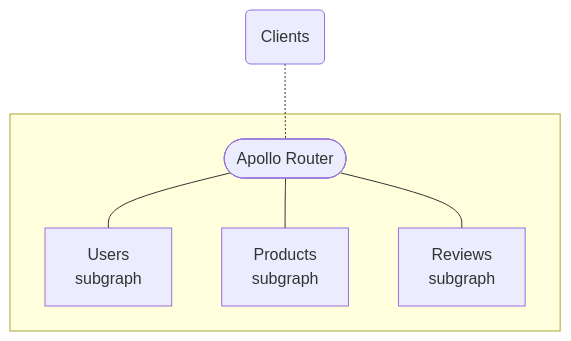
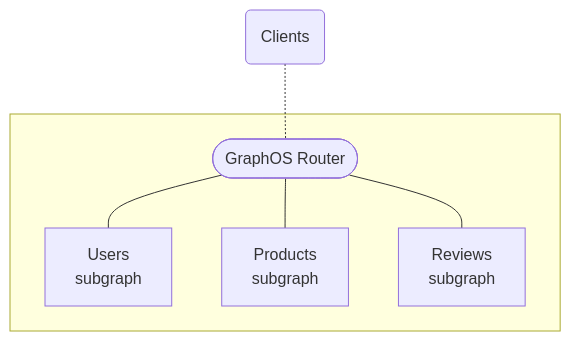
Before and after one commit to apollographql/docs: the diagram in src/content/technotes/TN0022-graphql-adoption-patterns.mdx, drawn with Mermaid. The commit also changed other lines of this file and 62 other files, not shown here.

````diff
--- a/src/content/technotes/TN0022-graphql-adoption-patterns.mdx
+++ b/src/content/technotes/TN0022-graphql-adoption-patterns.mdx
@@ -133,13 +133,13 @@
 ```mermaid
 flowchart TB;
   clients(Clients);
   subgraph " ";
-  gateway(["Apollo Router"]);
+  gateway(["GraphOS Router"]);
   serviceA[Users<br/>subgraph];
   serviceB[Products<br/>subgraph];
   serviceC[Reviews<br/>subgraph];
   gateway --- serviceA & serviceB & serviceC;
   end;
   clients -.- gateway;
   class clients secondary;
 ```
````
